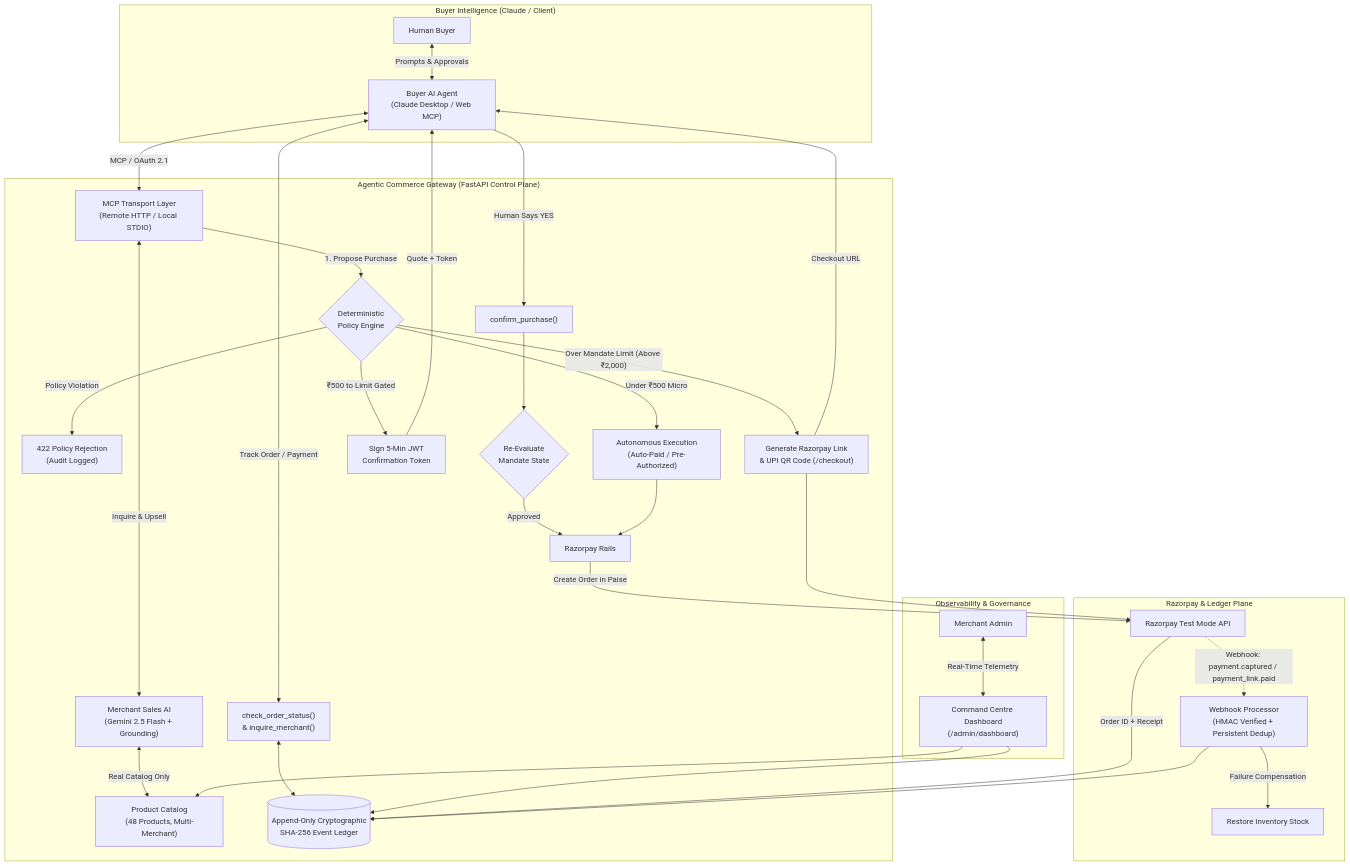
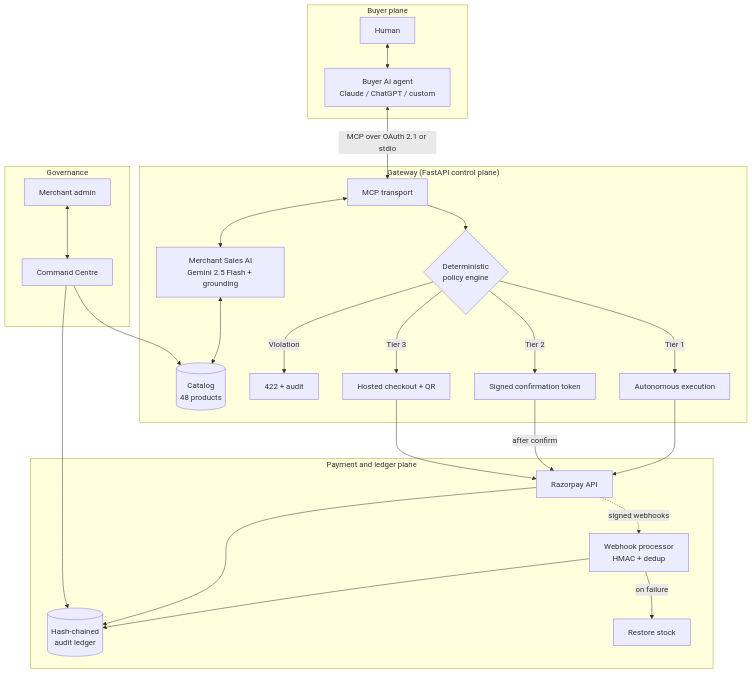
Before and after one commit to dinesh121005/agentic-commerce-gateway: the second of 3 diagrams in README.md, drawn with Mermaid. The commit also changed other lines of this file, not shown here.

````diff
--- a/README.md
+++ b/README.md
@@ -79,43 +136,33 @@
 ```mermaid
 flowchart TD
-    subgraph Buyer_Plane["Buyer Intelligence (Claude / Client)"]
-        User["Human Buyer"] <-->|"Prompts & Approvals"| BuyerAI["Buyer AI Agent<br/>(Claude Desktop / Web MCP)"]
+    subgraph Buyer["Buyer plane"]
+        User["Human"] <--> BuyerAI["Buyer AI agent<br/>Claude / ChatGPT / custom"]
     end
 
-    subgraph Gateway_Plane["Agentic Commerce Gateway (FastAPI Control Plane)"]
-        BuyerAI <-->|"MCP / OAuth 2.1"| MCP_Layer["MCP Transport Layer<br/>(Remote HTTP / Local STDIO)"]
-        MCP_Layer <-->|"Inquire & Upsell"| MerchantAI["Merchant Sales AI<br/>(Gemini 2.5 Flash + Grounding)"]
-        MerchantAI <-->|"Real Catalog Only"| Catalog["Product Catalog<br/>(48 Products, Multi-Merchant)"]
-        MCP_Layer -->|"1. Propose Purchase"| PolicyEngine{"Deterministic<br/>Policy Engine"}
-        
-        PolicyEngine -->|"Policy Violation"| Reject["422 Policy Rejection<br/>(Audit Logged)"]
-        PolicyEngine -->|"Over Mandate Limit (Above ₹2,000)"| HostedLink["Generate Razorpay Link<br/>& UPI QR Code (/checkout)"]
-        PolicyEngine -->|"Under ₹500 Micro"| AutoExec["Autonomous Execution<br/>(Auto-Paid / Pre-Authorized)"]
-        PolicyEngine -->|"₹500 to Limit Gated"| TokenIssuer["Sign 5-Min JWT<br/>Confirmation Token"]
-        
-        HostedLink -->|"Checkout URL"| BuyerAI
-        TokenIssuer -->|"Quote + Token"| BuyerAI
-        BuyerAI -->|"Human Says YES"| Confirm["confirm_purchase()"]
-        Confirm --> PolicyEngine2{"Re-Evaluate<br/>Mandate State"}
-        PolicyEngine2 -->|"Approved"| RazorpayClient["Razorpay Rails"]
-        AutoExec --> RazorpayClient
-        
-        BuyerAI <-->|"Track Order / Payment"| StatusCheck["check_order_status()<br/>& inquire_merchant()"]
-        StatusCheck <--> AuditLedger
+    subgraph Gateway["Gateway (FastAPI control plane)"]
+        BuyerAI <-->|"MCP over OAuth 2.1 or stdio"| MCP["MCP transport"]
+        MCP <--> Merchant["Merchant Sales AI<br/>Gemini 2.5 Flash + grounding"]
+        Merchant <--> Catalog[("Catalog<br/>48 products")]
+        MCP --> Policy{"Deterministic<br/>policy engine"}
+        Policy -->|"Violation"| Reject["422 + audit"]
+        Policy -->|"Tier 1"| Auto["Autonomous execution"]
+        Policy -->|"Tier 2"| Token["Signed confirmation token"]
+        Policy -->|"Tier 3"| Link["Hosted checkout + QR"]
     end
 
-    subgraph Payment_Plane["Razorpay & Ledger Plane"]
-        RazorpayClient -->|"Create Order in Paise"| RZP_API["Razorpay Test Mode API"]
-        HostedLink --> RZP_API
-        RZP_API -->|"Order ID + Receipt"| AuditLedger[("Append-Only Cryptographic<br/>SHA-256 Event Ledger")]
-        RZP_API -.->|"Webhook: payment.captured / payment_link.paid"| WebhookHandler["Webhook Processor<br/>(HMAC Verified + Persistent Dedup)"]
-        WebhookHandler -->|"Failure Compensation"| RestoreStock["Restore Inventory Stock"]
-        WebhookHandler --> AuditLedger
+    subgraph Pay["Payment and ledger plane"]
+        Auto --> RZP["Razorpay API"]
+        Token -->|"after confirm"| RZP
+        Link --> RZP
+        RZP -.->|"signed webhooks"| Hook["Webhook processor<br/>HMAC + dedup"]
+        Hook --> Ledger[("Hash-chained<br/>audit ledger")]
+        Hook -->|"on failure"| Restock["Restore stock"]
+        RZP --> Ledger
     end
 
-    subgraph Admin_Plane["Observability & Governance"]
-        AdminUser["Merchant Admin"] <-->|"Real-Time Telemetry"| AdminDash["Command Centre Dashboard<br/>(/admin/dashboard)"]
-        AdminDash --> AuditLedger
-        AdminDash --> Catalog
+    subgraph Admin["Governance"]
+        Ops["Merchant admin"] <--> Dash["Command Centre"]
+        Dash --> Ledger
+        Dash --> Catalog
     end
 ```
````
